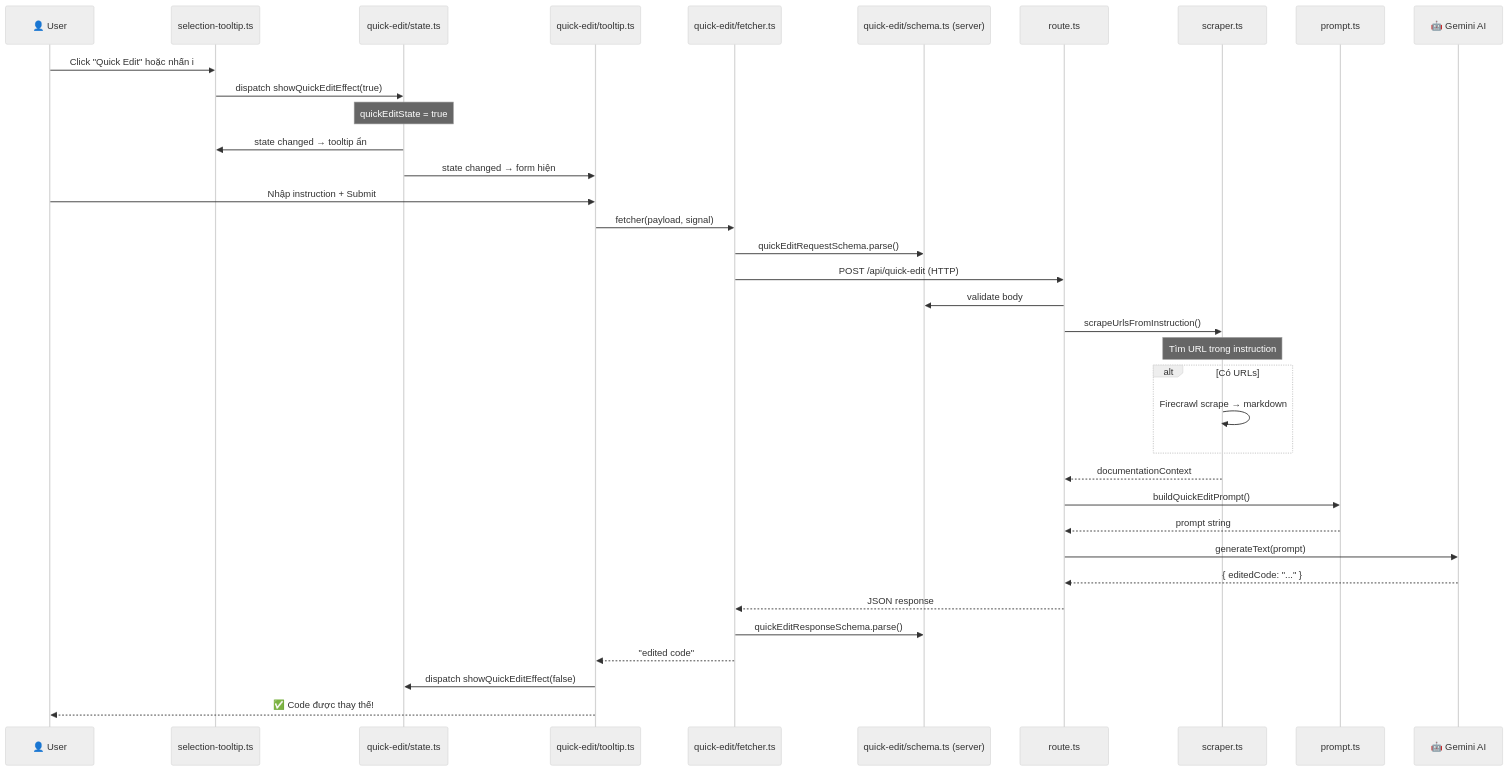
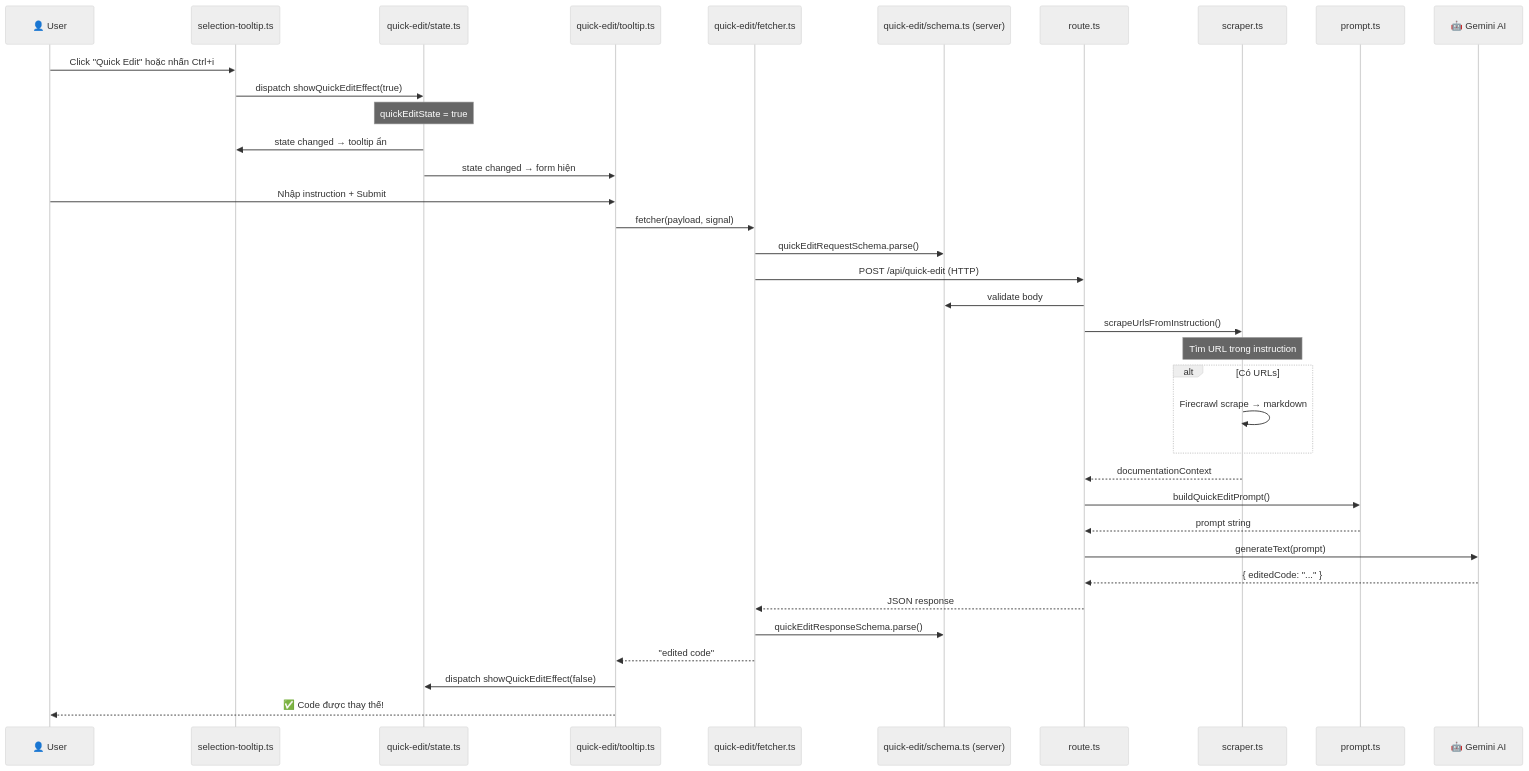
One commit to Code-with-Jok/v0-dev changed the third of 4 diagrams in docs/guides/13-quick-edit-feature.md. Above: the diagram before and after it, drawn with Mermaid (neutral theme). The commit also changed other lines of this file and 17 other files, not shown here.

Commit message:
feat: Implement AI-powered quick edit and suggestion features within the editor, including API endpoints and documentation.

````diff
--- a/docs/guides/13-quick-edit-feature.md
+++ b/docs/guides/13-quick-edit-feature.md
@@ -105,43 +105,43 @@
 ```mermaid
 sequenceDiagram
     participant User as 👤 User
     participant ST as selection-tooltip.ts
     participant QES as quick-edit/state.ts
     participant QET as quick-edit/tooltip.ts
     participant QEF as quick-edit/fetcher.ts
     participant SC as quick-edit/schema.ts (server)
     participant RT as route.ts
     participant SCR as scraper.ts
     participant PM as prompt.ts
     participant AI as 🤖 Gemini AI
 
-    User->>ST: Click "Quick Edit" hoặc nhấn i
+    User->>ST: Click "Quick Edit" hoặc nhấn Ctrl+i
     ST->>QES: dispatch showQuickEditEffect(true)
     Note over QES: quickEditState = true
     QES->>ST: state changed → tooltip ẩn
     QES->>QET: state changed → form hiện
 
     User->>QET: Nhập instruction + Submit
     QET->>QEF: fetcher(payload, signal)
     QEF->>SC: quickEditRequestSchema.parse()
     QEF->>RT: POST /api/quick-edit (HTTP)
 
     RT->>SC: validate body
     RT->>SCR: scrapeUrlsFromInstruction()
     Note over SCR: Tìm URL trong instruction
     alt Có URLs
         SCR->>SCR: Firecrawl scrape → markdown
     end
     SCR-->>RT: documentationContext
 
     RT->>PM: buildQuickEditPrompt()
     PM-->>RT: prompt string
     RT->>AI: generateText(prompt)
     AI-->>RT: { editedCode: "..." }
     RT-->>QEF: JSON response
 
     QEF->>SC: quickEditResponseSchema.parse()
     QEF-->>QET: "edited code"
     QET->>QES: dispatch showQuickEditEffect(false)
     QET-->>User: ✅ Code được thay thế!
 ```
````
